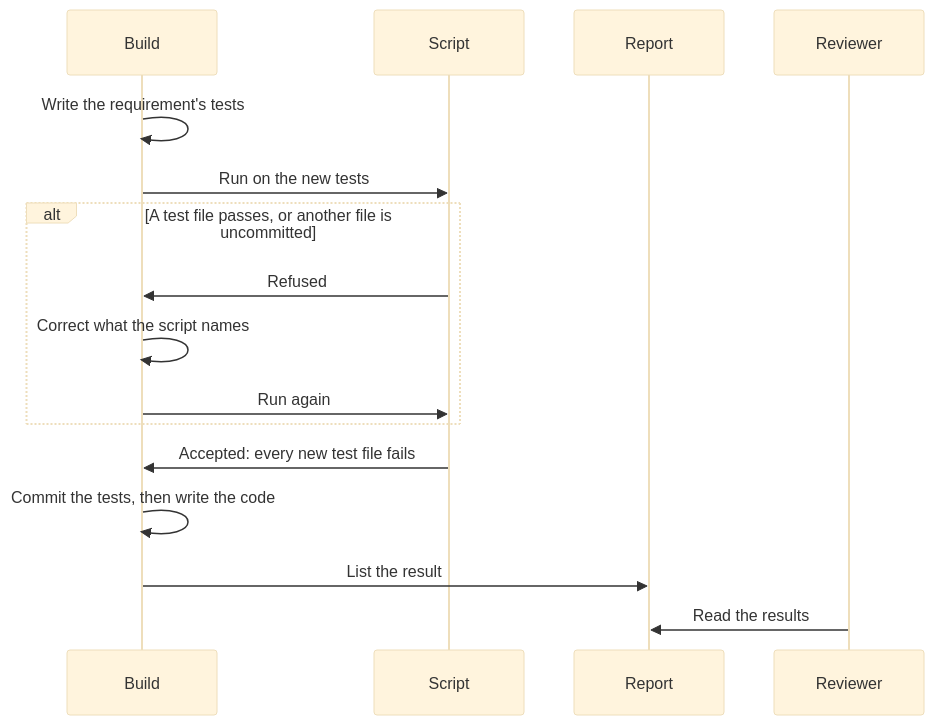
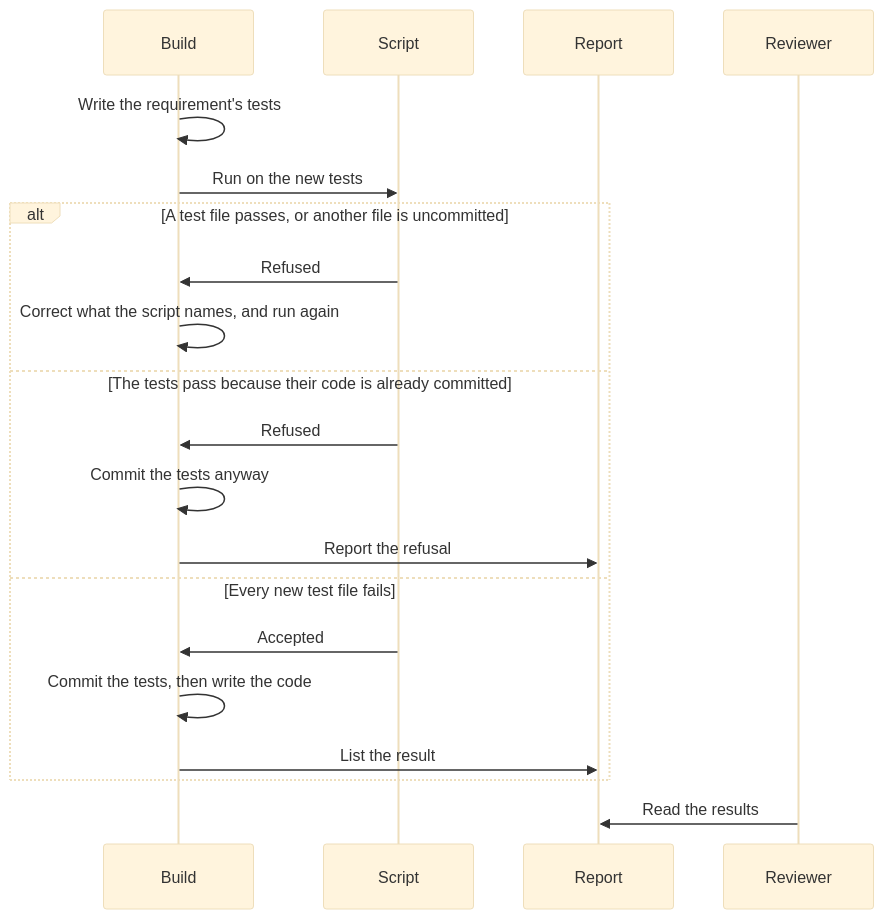
Before and after one commit to michaelmarconi/agentic-engineering: the diagram in docs/adrs/0039-tests-fail-without-code.md, drawn with Mermaid (base theme). The commit also changed other lines of this file, not shown here.

First line of the commit message:
ADR 0039: one rule for tests that pass because their code is committed

````diff
--- a/docs/adrs/0039-tests-fail-without-code.md
+++ b/docs/adrs/0039-tests-fail-without-code.md
@@ -23,18 +24,22 @@
 ```mermaid
 sequenceDiagram
     participant B as Build
     participant S as Script
     participant R as Report
     participant V as Reviewer
     B->>B: Write the requirement's tests
     B->>S: Run on the new tests
     alt A test file passes, or another file is uncommitted
         S->>B: Refused
-        B->>B: Correct what the script names
-        B->>S: Run again
+        B->>B: Correct what the script names, and run again
+    else The tests pass because their code is already committed
+        S->>B: Refused
+        B->>B: Commit the tests anyway
+        B->>R: Report the refusal
+    else Every new test file fails
+        S->>B: Accepted
+        B->>B: Commit the tests, then write the code
+        B->>R: List the result
     end
-    S->>B: Accepted: every new test file fails
-    B->>B: Commit the tests, then write the code
-    B->>R: List the result
     V->>R: Read the results
 ```
````
